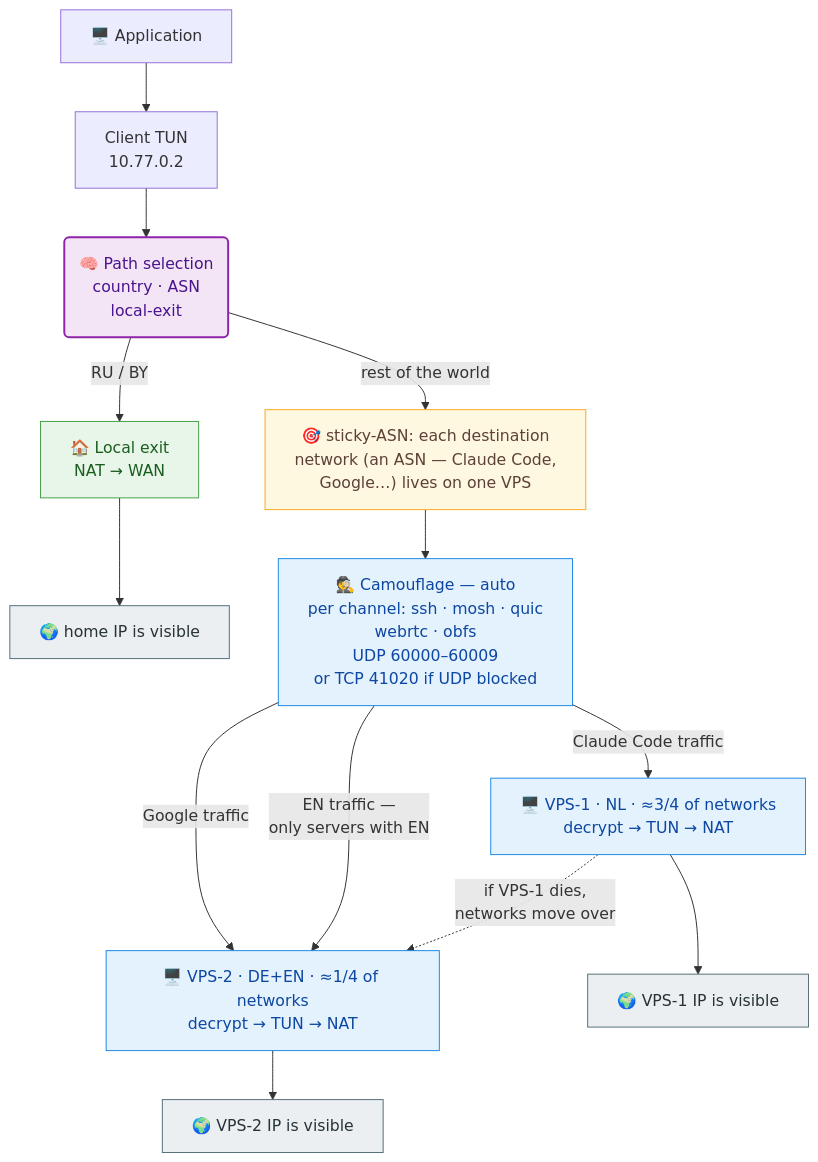
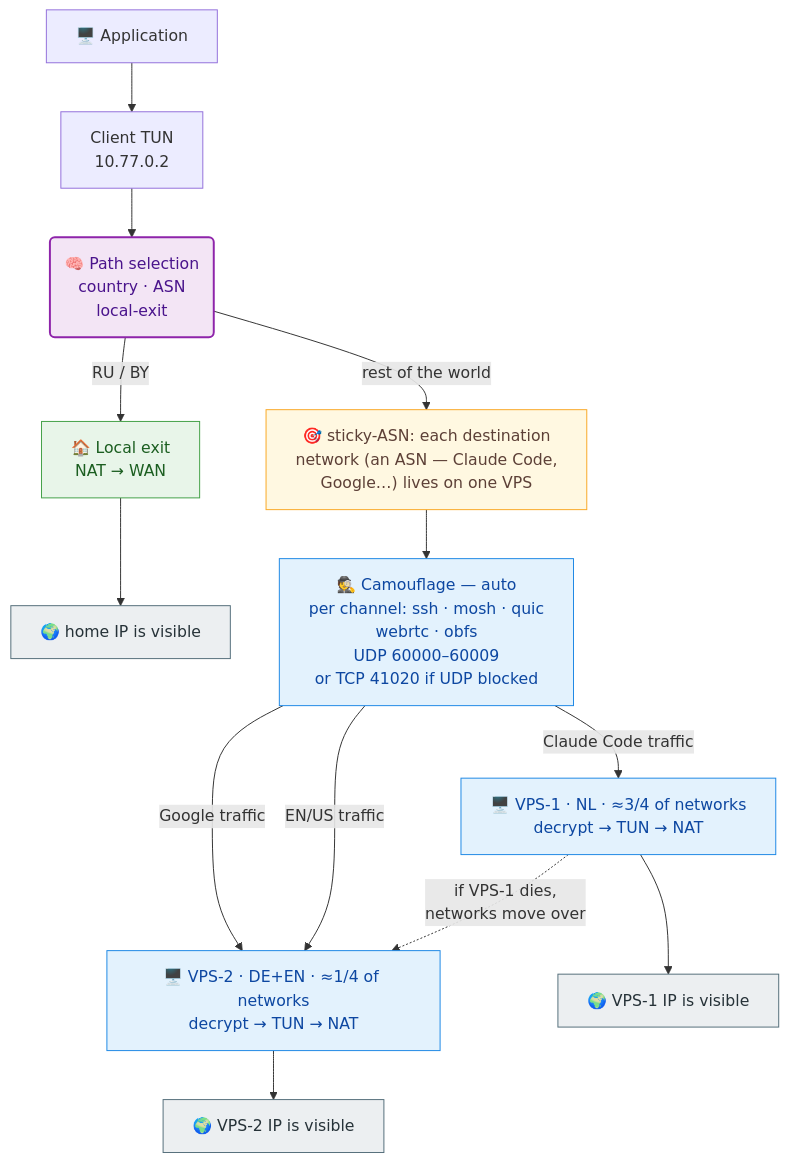
The diagram in README.en.md (vadv/svpn), drawn with Mermaid before and after one commit. The commit also changed other lines of this file and 1 other file, not shown here.

````diff
--- a/README.en.md
+++ b/README.en.md
@@ -9,26 +9,26 @@
 ```mermaid
 %%{init: {"flowchart": {"wrappingWidth": 280}}}%%
 flowchart TD
     app["🖥️ Application"] --> tun["Client TUN<br/>10.77.0.2"]
     tun --> brain("🧠 Path selection<br/>country · ASN<br/>local-exit")
     brain -->|"RU / BY"| local["🏠 Local exit<br/>NAT → WAN"]
     local --> home["🌍 home IP is visible"]
     brain -->|"rest of the world"| asn["🎯 sticky-ASN: each destination<br/>network (an ASN — Claude Code,<br/>Google…) lives on one VPS"]
     asn --> mimic["🕵️ Camouflage — auto<br/>per channel: ssh · mosh · quic<br/>webrtc · obfs<br/>UDP 60000–60009<br/>or TCP 41020 if UDP blocked"]
     mimic -->|"Claude Code traffic"| vps1["🖥️ VPS-1 · NL · ≈3/4 of networks<br/>decrypt → TUN → NAT"]
     mimic -->|"Google traffic"| vps2["🖥️ VPS-2 · DE+EN · ≈1/4 of networks<br/>decrypt → TUN → NAT"]
-    mimic -->|"EN traffic —<br/>only servers with EN"| vps2
+    mimic -->|"EN/US traffic"| vps2
     vps1 --> net1["🌍 VPS-1 IP is visible"]
     vps2 --> net2["🌍 VPS-2 IP is visible"]
     vps1 -.->|"if VPS-1 dies,<br/>networks move over"| vps2
     classDef brain fill:#f3e5f5,stroke:#8e24aa,stroke-width:2px,color:#4a148c
     classDef local fill:#e8f5e9,stroke:#43a047,color:#1b5e20
     classDef asn fill:#fff8e1,stroke:#f9a825,color:#5d4037
     classDef vpn fill:#e3f2fd,stroke:#1e88e5,color:#0d47a1
     classDef edge fill:#eceff1,stroke:#546e7a,color:#263238
     class brain brain
     class local local
     class asn asn
     class mimic,vps1,vps2 vpn
     class home,net1,net2 edge
 ```
````
